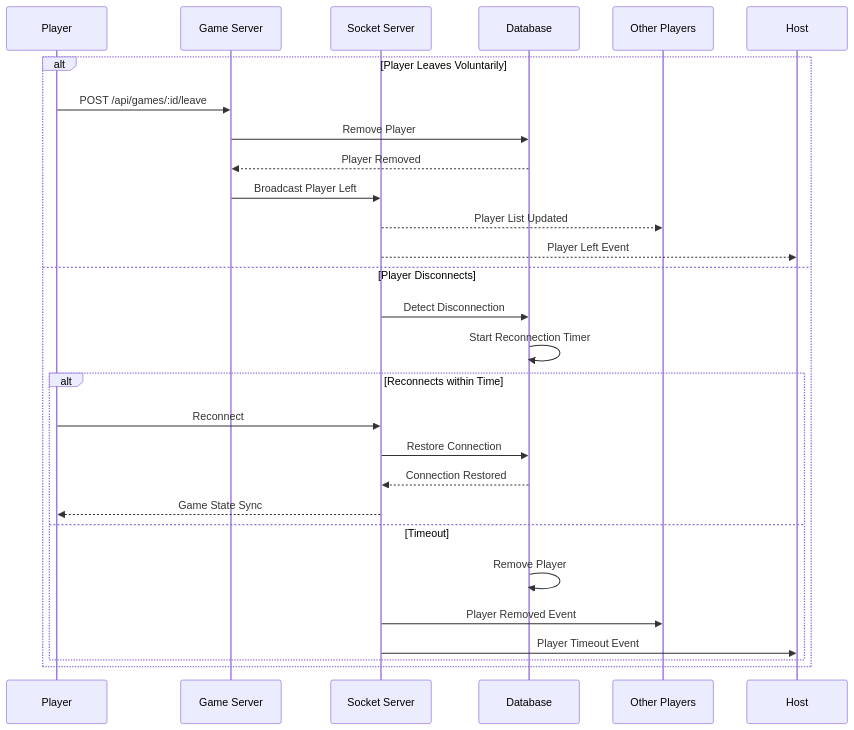
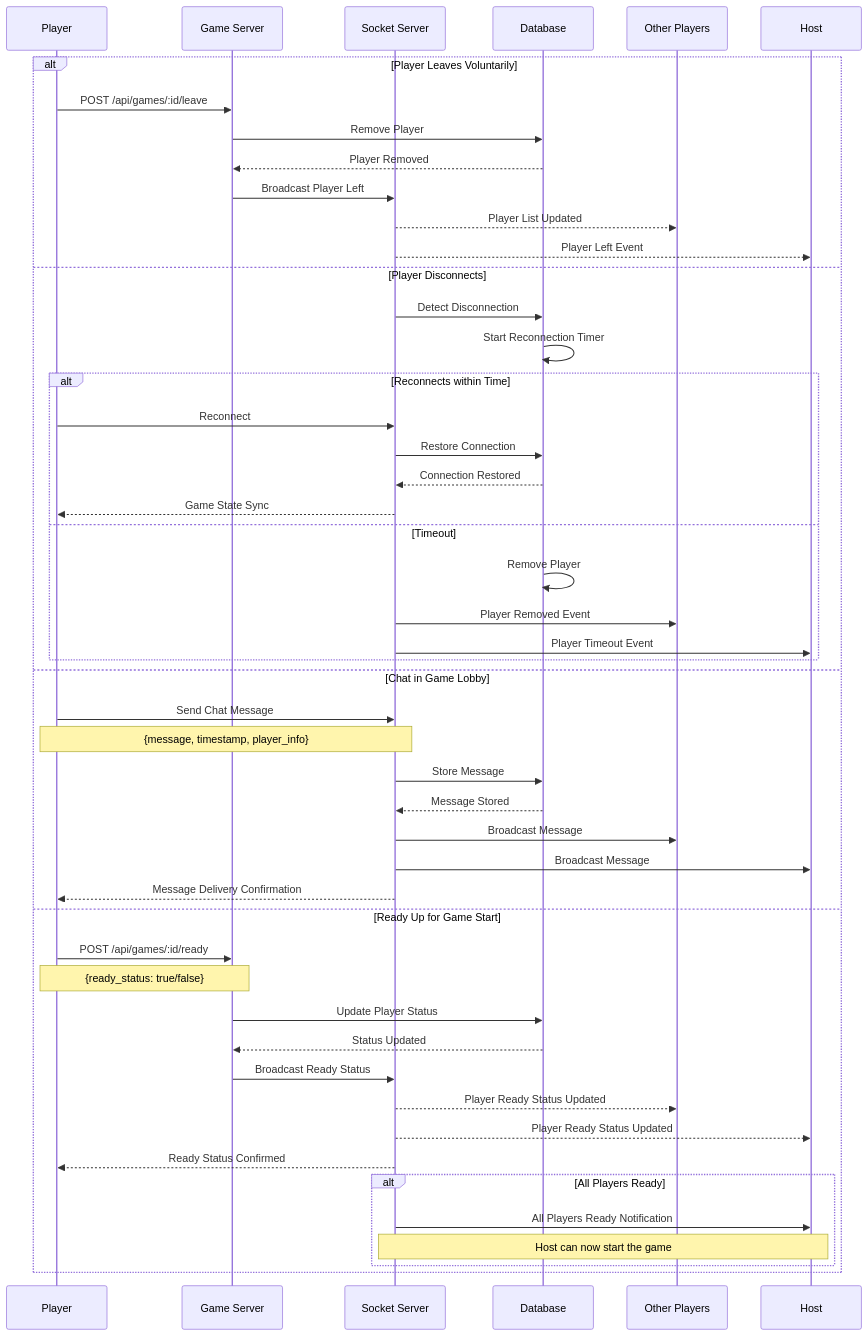
One commit to tiennguyen00/wolvesville-ai changed the fourth of 4 diagrams in docs/game_session_flow.md. Above: the diagram before and after it, drawn with Mermaid. The commit also changed 2 other files, not shown here.

Commit message:
Enhance game session flow documentation with chat message handling and player readiness updates. Update GameLobby component to conditionally render the 'Leave Game' button for non-host players.

````diff
--- a/docs/game_session_flow.md
+++ b/docs/game_session_flow.md
@@ -136,32 +136,59 @@
 ```mermaid
 sequenceDiagram
     participant Player as Player
     participant API as Game Server
     participant Socket as Socket Server
     participant DB as Database
     participant Players as Other Players
     participant Host as Host
 
     alt Player Leaves Voluntarily
         Player->>API: POST /api/games/:id/leave
         API->>DB: Remove Player
         DB-->>API: Player Removed
         API->>Socket: Broadcast Player Left
         Socket-->>Players: Player List Updated
         Socket-->>Host: Player Left Event
     else Player Disconnects
         Socket->>DB: Detect Disconnection
         DB->>DB: Start Reconnection Timer
 
         alt Reconnects within Time
             Player->>Socket: Reconnect
             Socket->>DB: Restore Connection
             DB-->>Socket: Connection Restored
             Socket-->>Player: Game State Sync
         else Timeout
             DB->>DB: Remove Player
             Socket->>Players: Player Removed Event
             Socket->>Host: Player Timeout Event
         end
+    else Chat in Game Lobby
+        Player->>Socket: Send Chat Message
+        Note over Player,Socket: {message, timestamp, player_info}
+
+        Socket->>DB: Store Message
+        DB-->>Socket: Message Stored
+
+        Socket->>Players: Broadcast Message
+        Socket->>Host: Broadcast Message
+
+        Socket-->>Player: Message Delivery Confirmation
+    else Ready Up for Game Start
+        Player->>API: POST /api/games/:id/ready
+        Note over Player,API: {ready_status: true/false}
+
+        API->>DB: Update Player Status
+        DB-->>API: Status Updated
+
+        API->>Socket: Broadcast Ready Status
+        Socket-->>Players: Player Ready Status Updated
+        Socket-->>Host: Player Ready Status Updated
+        Socket-->>Player: Ready Status Confirmed
+
+        alt All Players Ready
+            Socket->>Host: All Players Ready Notification
+            Note over Socket,Host: Host can now start the game
+        end
     end
 ```
````
